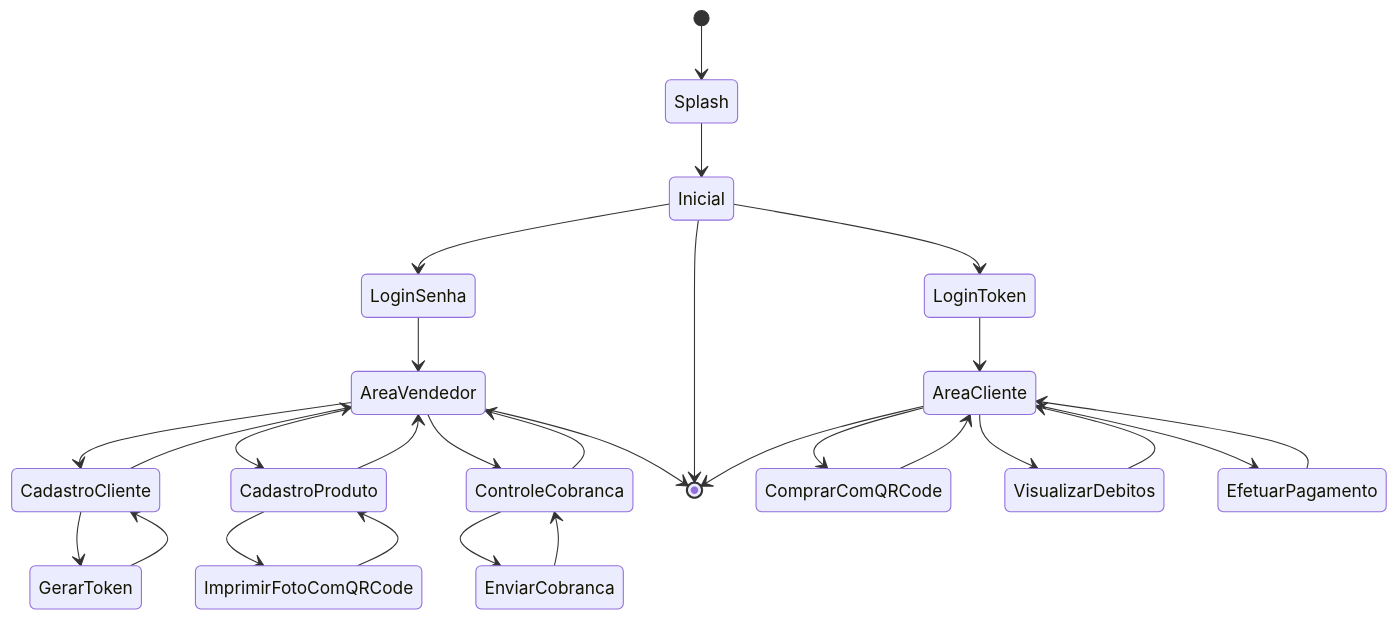
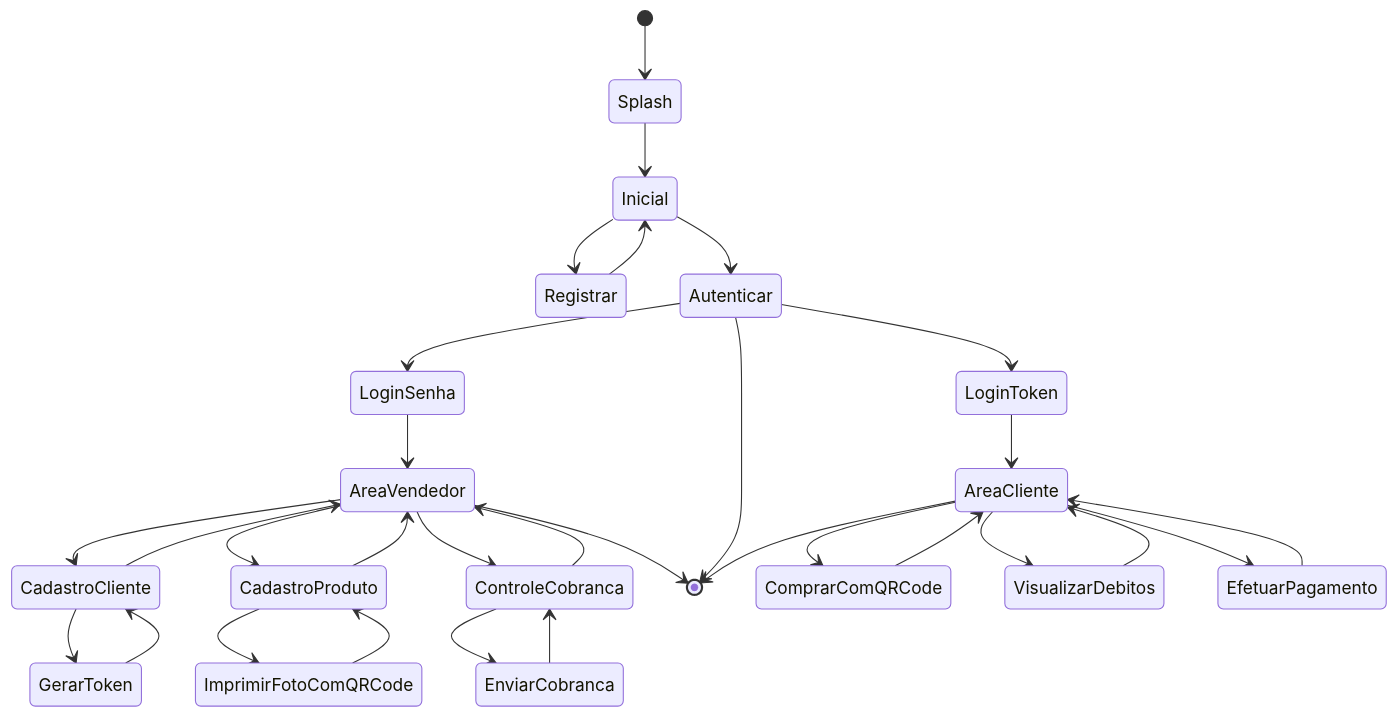
Diagram 23 of 24 in engenharia/diagrams.md (h4mn/fatec_tarefas), drawn with Mermaid before and after one commit. The commit also changed other lines of this file and 2 other files, not shown here.

````diff
--- a/engenharia/diagrams.md
+++ b/engenharia/diagrams.md
@@ -681,32 +681,37 @@
 ```mermaid
 stateDiagram-v2
     [*] --> Splash
     Splash --> Inicial
-    Inicial --> LoginSenha
+
+    Inicial --> Registrar
+    Registrar --> Inicial
+    Inicial --> Autenticar
+
+    Autenticar --> LoginSenha
     LoginSenha --> AreaVendedor
     AreaVendedor --> CadastroCliente
     CadastroCliente --> AreaVendedor
     CadastroCliente --> GerarToken
     GerarToken --> CadastroCliente
     AreaVendedor --> CadastroProduto
     CadastroProduto --> AreaVendedor
     CadastroProduto --> ImprimirFotoComQRCode
     ImprimirFotoComQRCode --> CadastroProduto
     AreaVendedor --> ControleCobranca
     ControleCobranca --> AreaVendedor
     ControleCobranca --> EnviarCobranca
     EnviarCobranca --> ControleCobranca
     AreaVendedor --> [*]
 
-    Inicial --> [*]
+    Autenticar --> [*]
 
-    Inicial --> LoginToken
+    Autenticar --> LoginToken
     LoginToken --> AreaCliente
     AreaCliente --> ComprarComQRCode
     ComprarComQRCode --> AreaCliente
     AreaCliente --> VisualizarDebitos
     VisualizarDebitos --> AreaCliente
     AreaCliente --> EfetuarPagamento
     EfetuarPagamento --> AreaCliente
     AreaCliente --> [*]
 ```
````
